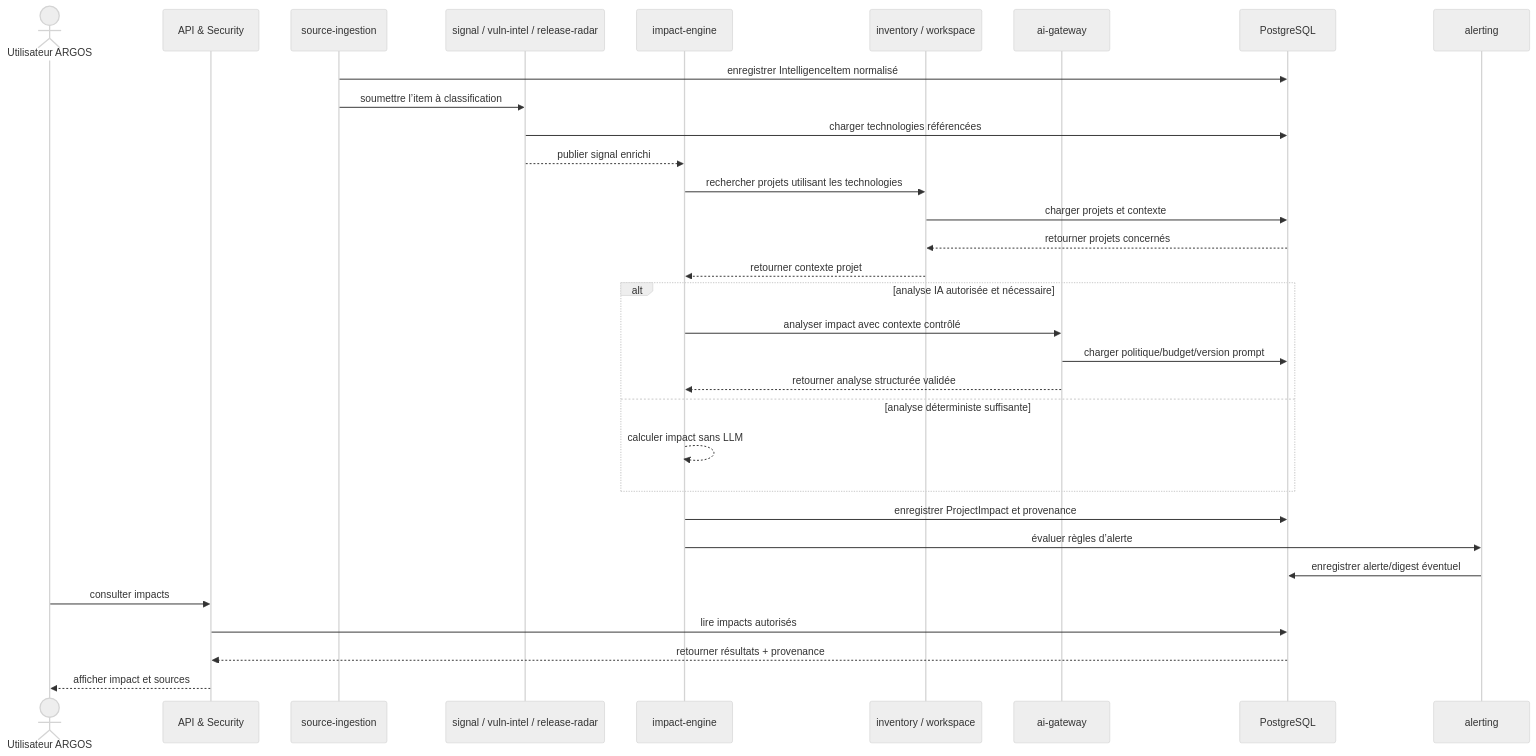
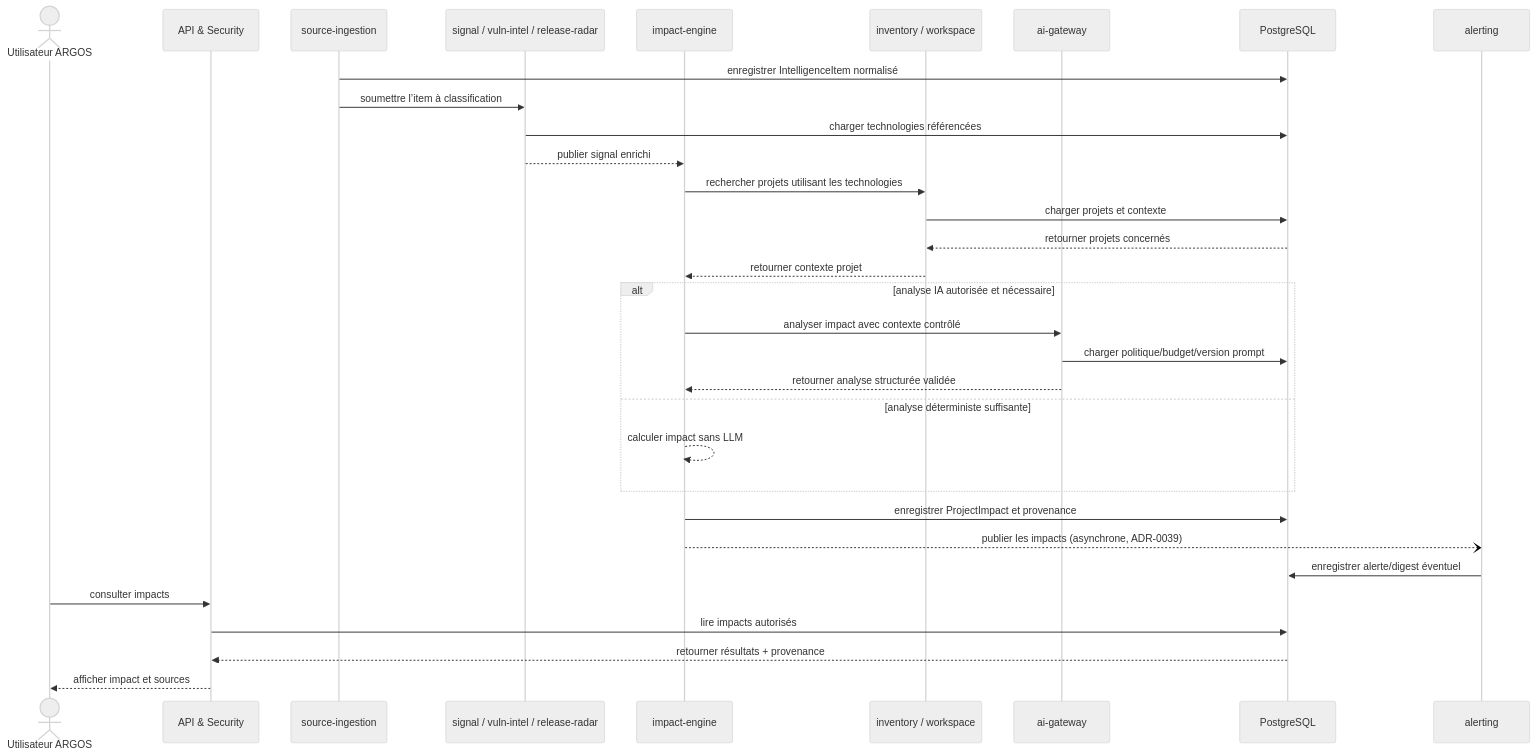
One commit to FTurleque/argos-tech-platform changed the first of 8 diagrams in docs/architecture/arc42/06-vue-execution.md. Above: the diagram before and after it, drawn with Mermaid (neutral theme). The commit also changed other lines of this file and 55 other files, not shown here.

````diff
--- a/docs/architecture/arc42/06-vue-execution.md
+++ b/docs/architecture/arc42/06-vue-execution.md
@@ -11,37 +11,37 @@
 ```mermaid
 sequenceDiagram
     actor User as Utilisateur ARGOS
     participant API as API & Security
     participant Ingestion as source-ingestion
     participant Tech as signal / vuln-intel / release-radar
     participant Corr as impact-engine
     participant Core as inventory / workspace
     participant AI as ai-gateway
     participant Persist as PostgreSQL
     participant Alert as alerting
 
     Ingestion->>Persist: enregistrer IntelligenceItem normalisé
     Ingestion->>Tech: soumettre l’item à classification
     Tech->>Persist: charger technologies référencées
     Tech-->>Corr: publier signal enrichi
     Corr->>Core: rechercher projets utilisant les technologies
     Core->>Persist: charger projets et contexte
     Persist-->>Core: retourner projets concernés
     Core-->>Corr: retourner contexte projet
 
     alt analyse IA autorisée et nécessaire
         Corr->>AI: analyser impact avec contexte contrôlé
         AI->>Persist: charger politique/budget/version prompt
         AI-->>Corr: retourner analyse structurée validée
     else analyse déterministe suffisante
         Corr-->>Corr: calculer impact sans LLM
     end
 
     Corr->>Persist: enregistrer ProjectImpact et provenance
-    Corr->>Alert: évaluer règles d’alerte
+    Corr--)Alert: publier les impacts (asynchrone, ADR-0039)
     Alert->>Persist: enregistrer alerte/digest éventuel
     User->>API: consulter impacts
     API->>Persist: lire impacts autorisés
     Persist-->>API: retourner résultats + provenance
     API-->>User: afficher impact et sources
 ```
````
